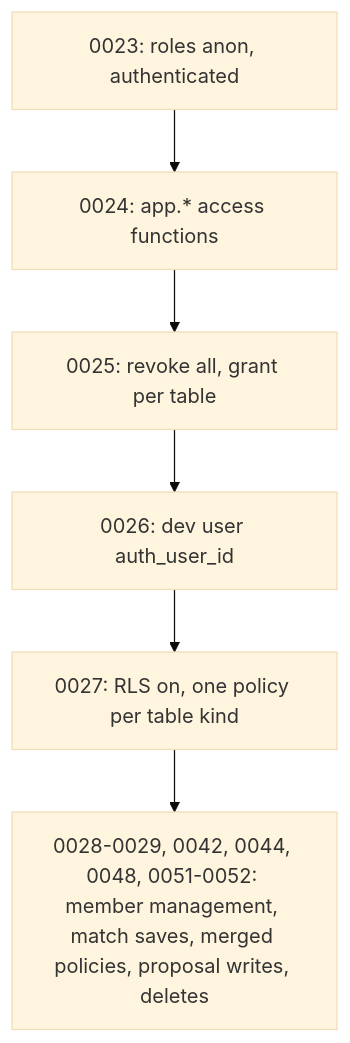
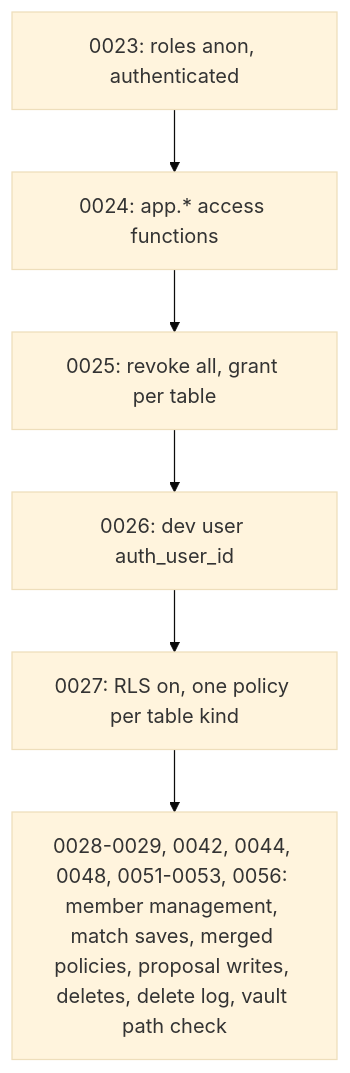
Before and after one commit to project-tech4dev/sangam: the second of 2 diagrams in openwiki/architecture/auth-roles-rls.md, drawn with Mermaid (base theme). The commit also changed other lines of this file and 36 other files, not shown here.

````diff
--- a/openwiki/architecture/auth-roles-rls.md
+++ b/openwiki/architecture/auth-roles-rls.md
@@ -267,8 +277,8 @@
 ```mermaid
 flowchart TD
     A["0023: roles anon, authenticated"] --> B["0024: app.* access functions"]
     B --> C["0025: revoke all, grant per table"]
     C --> D["0026: dev user auth_user_id"]
     D --> E["0027: RLS on, one policy per table kind"]
-    E --> F["0028-0029, 0042, 0044, 0048, 0051-0052: member management, match saves, merged policies, proposal writes, deletes"]
+    E --> F["0028-0029, 0042, 0044, 0048, 0051-0053, 0056: member management, match saves, merged policies, proposal writes, deletes, delete log, vault path check"]
 ```
````
